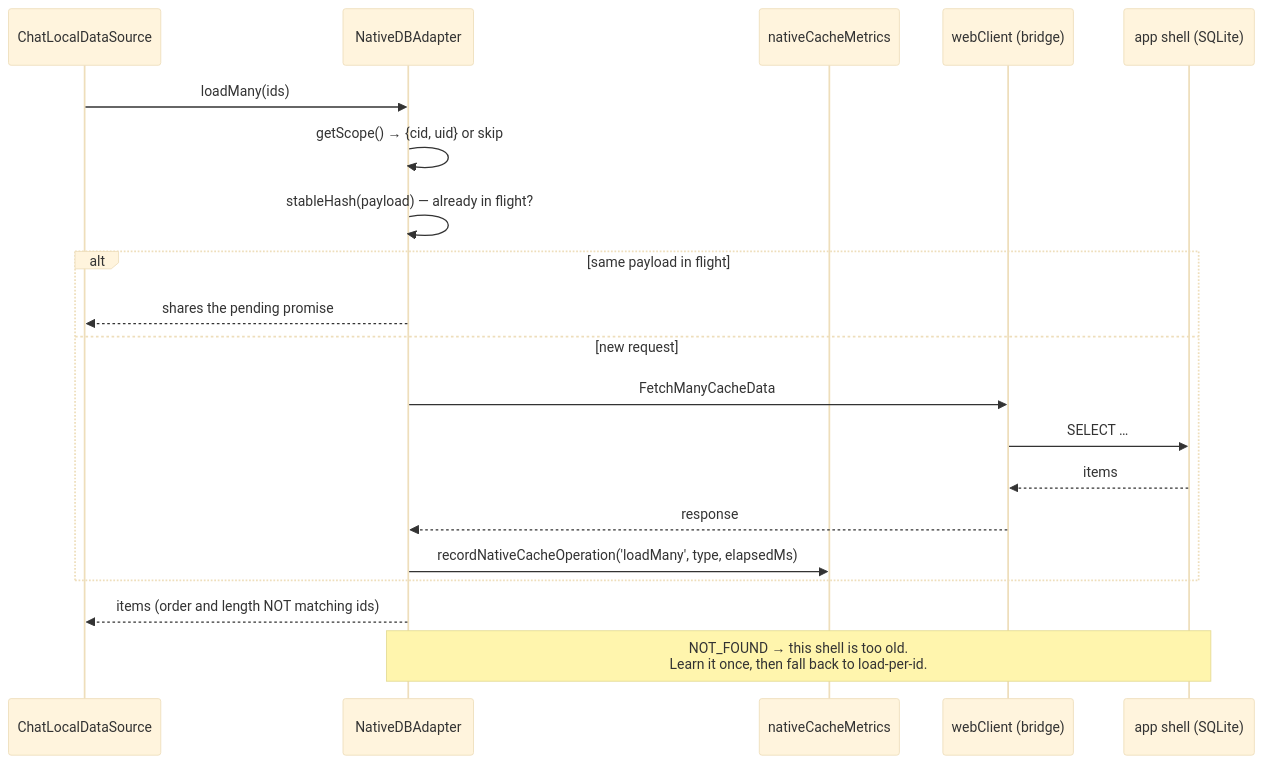
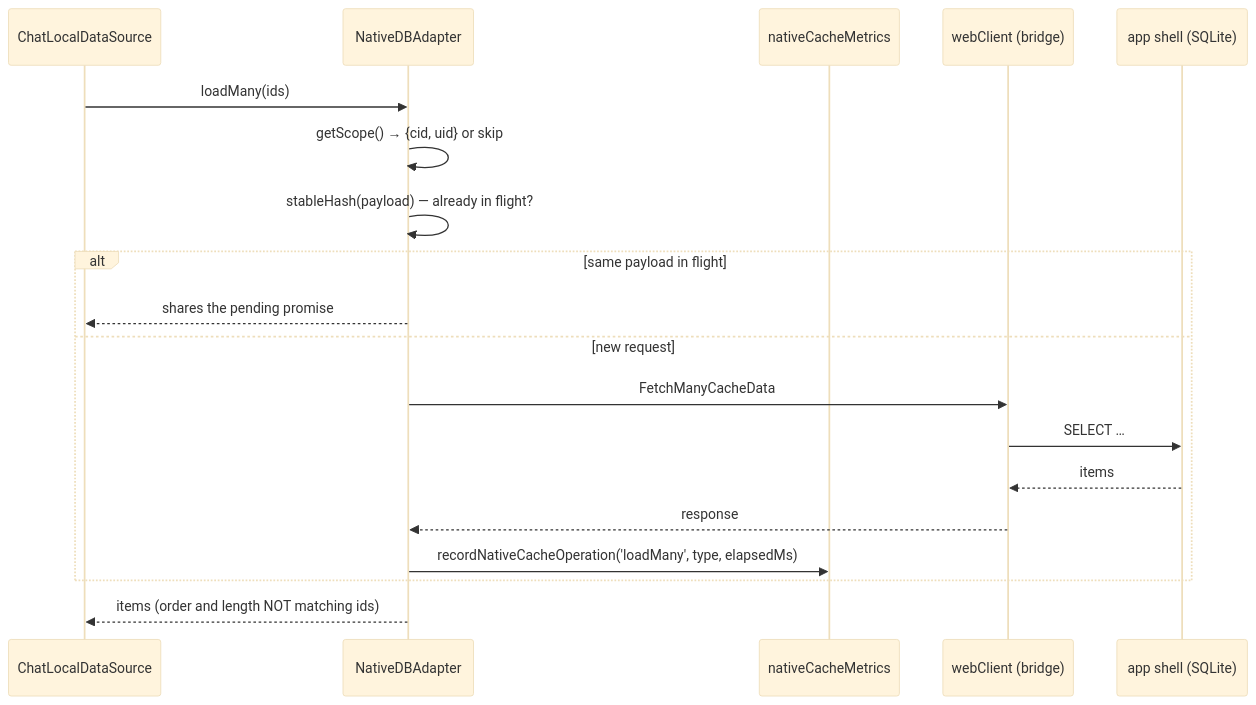
One commit to lemoncloud-io/dou-app changed the second of 2 diagrams in libs/db/README.md. Above: the diagram before and after it, drawn with Mermaid (base theme). The commit also changed other lines of this file and 153 other files, not shown here.

````diff
--- a/libs/db/README.md
+++ b/libs/db/README.md
@@ -133,24 +133,22 @@
 ```mermaid
 sequenceDiagram
     participant DS as ChatLocalDataSource
     participant N as NativeDBAdapter
     participant M as nativeCacheMetrics
     participant B as webClient (bridge)
     participant S as app shell (SQLite)
 
     DS->>N: loadMany(ids)
     N->>N: getScope() → {cid, uid} or skip
     N->>N: stableHash(payload) — already in flight?
     alt same payload in flight
         N-->>DS: shares the pending promise
     else new request
         N->>B: FetchManyCacheData
         B->>S: SELECT …
         S-->>B: items
         B-->>N: response
         N->>M: recordNativeCacheOperation('loadMany', type, elapsedMs)
     end
     N-->>DS: items (order and length NOT matching ids)
-
-    Note over N,S: NOT_FOUND → this shell is too old.<br/>Learn it once, then fall back to load-per-id.
 ```
````
